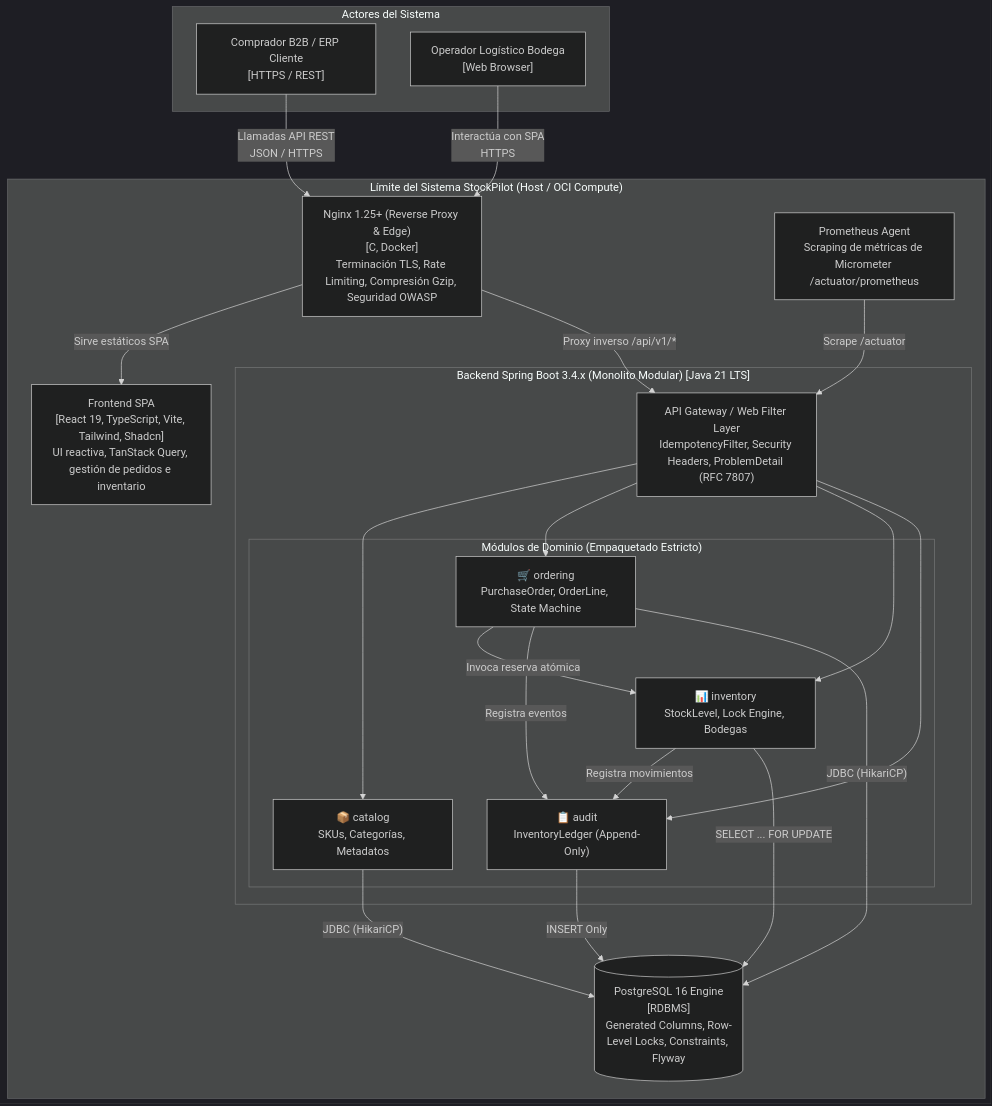
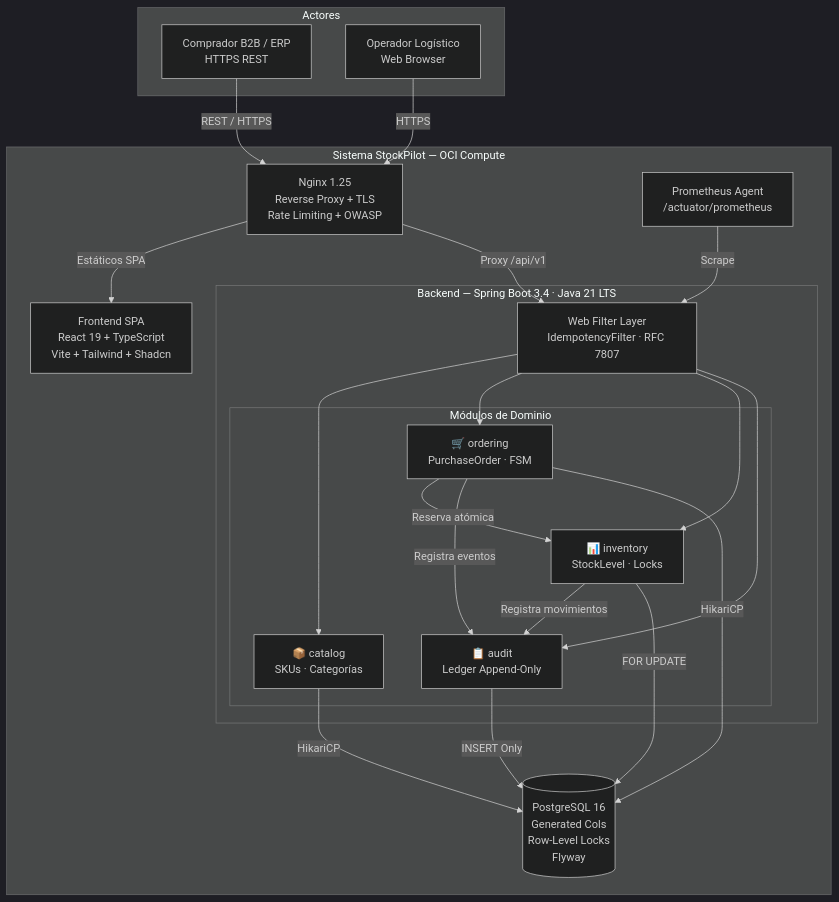
The second of 6 diagrams in docs/architecture/ARCHITECTURE.md (vivenegasl/stockpilot-b2b), drawn with Mermaid (dark theme) before and after one commit. The commit also changed other lines of this file, not shown here.

First line of the commit message:
fix(docs): corrige formulas LaTeX y recorte de texto en diagramas Mermaid de ARCHITECTURE.md

````diff
--- a/docs/architecture/ARCHITECTURE.md
+++ b/docs/architecture/ARCHITECTURE.md
@@ -93,47 +96,47 @@
 ```mermaid
 graph TB
-    subgraph Users ["Actores del Sistema"]
-        CLIENT["Comprador B2B / ERP Cliente<br/>[HTTPS / REST]"]
-        OPERATOR["Operador Logístico Bodega<br/>[Web Browser]"]
+    subgraph Users ["Actores"]
+        CLIENT["Comprador B2B / ERP<br/>HTTPS REST"]
+        OPERATOR["Operador Logístico<br/>Web Browser"]
     end
 
-    subgraph Boundary ["Límite del Sistema StockPilot (Host / OCI Compute)"]
-        NGINX["Nginx 1.25+ (Reverse Proxy & Edge)<br/>[C, Docker]<br/>Terminación TLS, Rate Limiting, Compresión Gzip, Seguridad OWASP"]
-        
-        SPA["Frontend SPA<br/>[React 19, TypeScript, Vite, Tailwind, Shadcn]<br/>UI reactiva, TanStack Query, gestión de pedidos e inventario"]
-        
-        subgraph Monolith ["Backend Spring Boot 3.4.x (Monolito Modular) [Java 21 LTS]"]
-            API_LAYER["API Gateway / Web Filter Layer<br/>IdempotencyFilter, Security Headers, ProblemDetail (RFC 7807)"]
-            
-            subgraph Modules ["Módulos de Dominio (Empaquetado Estricto)"]
-                MOD_CATALOG["📦 catalog<br/>SKUs, Categorías, Metadatos"]
-                MOD_INVENTORY["📊 inventory<br/>StockLevel, Lock Engine, Bodegas"]
-                MOD_ORDERING["🛒 ordering<br/>PurchaseOrder, OrderLine, State Machine"]
-                MOD_AUDIT["📋 audit<br/>InventoryLedger (Append-Only)"]
+    subgraph Boundary ["Sistema StockPilot — OCI Compute"]
+        NGINX["Nginx 1.25<br/>Reverse Proxy + TLS<br/>Rate Limiting + OWASP"]
+
+        SPA["Frontend SPA<br/>React 19 + TypeScript<br/>Vite + Tailwind + Shadcn"]
+
+        subgraph Monolith ["Backend — Spring Boot 3.4 · Java 21 LTS"]
+            API_LAYER["Web Filter Layer<br/>IdempotencyFilter · RFC 7807"]
+
+            subgraph Modules ["Módulos de Dominio"]
+                MOD_CATALOG["📦 catalog<br/>SKUs · Categorías"]
+                MOD_INVENTORY["📊 inventory<br/>StockLevel · Locks"]
+                MOD_ORDERING["🛒 ordering<br/>PurchaseOrder · FSM"]
+                MOD_AUDIT["📋 audit<br/>Ledger Append-Only"]
             end
         end
 
-        DB[("PostgreSQL 16 Engine<br/>[RDBMS]<br/>Generated Columns, Row-Level Locks, Constraints, Flyway")]
-        PROM["Prometheus Agent<br/>Scraping de métricas de Micrometer /actuator/prometheus"]
+        DB[("PostgreSQL 16<br/>Generated Cols<br/>Row-Level Locks<br/>Flyway")]
+        PROM["Prometheus Agent<br/>/actuator/prometheus"]
     end
 
-    CLIENT -->|"Llamadas API REST<br/>JSON / HTTPS"| NGINX
-    OPERATOR -->|"Interactúa con SPA<br/>HTTPS"| NGINX
-    NGINX -->|"Sirve estáticos SPA"| SPA
-    NGINX -->|"Proxy inverso /api/v1/*"| API_LAYER
+    CLIENT -->|"REST / HTTPS"| NGINX
+    OPERATOR -->|"HTTPS"| NGINX
+    NGINX -->|"Estáticos SPA"| SPA
+    NGINX -->|"Proxy /api/v1"| API_LAYER
     API_LAYER --> MOD_CATALOG
     API_LAYER --> MOD_ORDERING
     API_LAYER --> MOD_INVENTORY
     API_LAYER --> MOD_AUDIT
-    
-    MOD_ORDERING -->|"Invoca reserva atómica"| MOD_INVENTORY
+
+    MOD_ORDERING -->|"Reserva atómica"| MOD_INVENTORY
     MOD_ORDERING -->|"Registra eventos"| MOD_AUDIT
     MOD_INVENTORY -->|"Registra movimientos"| MOD_AUDIT
-    
-    MOD_CATALOG -->|"JDBC (HikariCP)"| DB
-    MOD_INVENTORY -->|"SELECT ... FOR UPDATE"| DB
-    MOD_ORDERING -->|"JDBC (HikariCP)"| DB
+
+    MOD_CATALOG -->|"HikariCP"| DB
+    MOD_INVENTORY -->|"FOR UPDATE"| DB
+    MOD_ORDERING -->|"HikariCP"| DB
     MOD_AUDIT -->|"INSERT Only"| DB
-    
-    PROM -->|"Scrape /actuator"| API_LAYER
+
+    PROM -->|"Scrape"| API_LAYER
 ```
````
